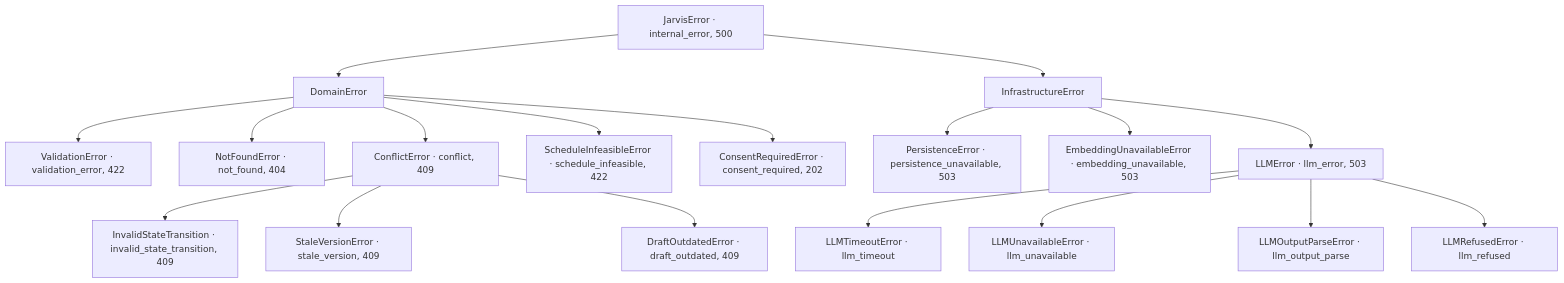
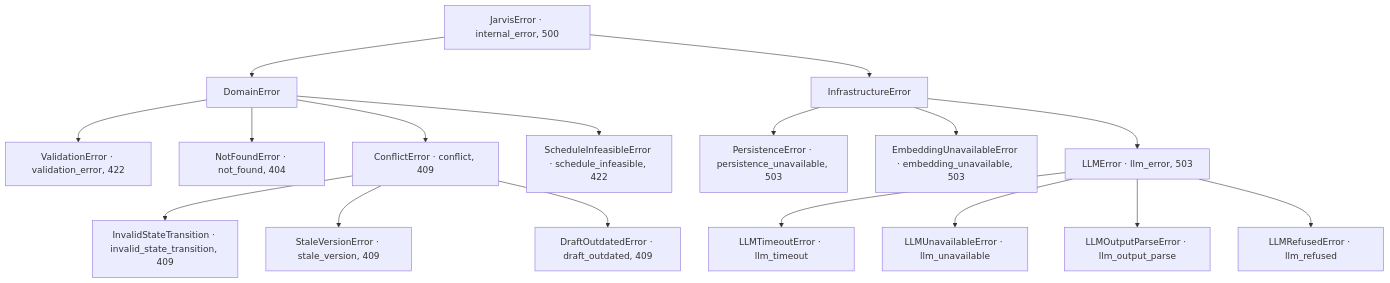
One commit to HackHeroic/Jarvis-Engine changed the first of 2 diagrams in docs/capstone/09-error-handling.md. Above: the diagram before and after it, drawn with Mermaid. The commit also changed other lines of this file and 8 other files, not shown here.

````diff
--- a/docs/capstone/09-error-handling.md
+++ b/docs/capstone/09-error-handling.md
@@ -13,38 +13,36 @@
 ```mermaid
 flowchart TB
     JE["JarvisError · internal_error, 500"]
     DE["DomainError"]
     IE["InfrastructureError"]
     VE["ValidationError · validation_error, 422"]
     NF["NotFoundError · not_found, 404"]
     CE["ConflictError · conflict, 409"]
     IST["InvalidStateTransition · invalid_state_transition, 409"]
     SV["StaleVersionError · stale_version, 409"]
     DO["DraftOutdatedError · draft_outdated, 409"]
     SI["ScheduleInfeasibleError · schedule_infeasible, 422"]
-    CR["ConsentRequiredError · consent_required, 202"]
     PE["PersistenceError · persistence_unavailable, 503"]
     EU["EmbeddingUnavailableError · embedding_unavailable, 503"]
     LE["LLMError · llm_error, 503"]
     LT["LLMTimeoutError · llm_timeout"]
     LU["LLMUnavailableError · llm_unavailable"]
     LP["LLMOutputParseError · llm_output_parse"]
     LR["LLMRefusedError · llm_refused"]
     JE --> DE
     JE --> IE
     DE --> VE
     DE --> NF
     DE --> CE
     CE --> IST
     CE --> SV
     CE --> DO
     DE --> SI
-    DE --> CR
     IE --> PE
     IE --> EU
     IE --> LE
     LE --> LT
     LE --> LU
     LE --> LP
     LE --> LR
 ```
````
